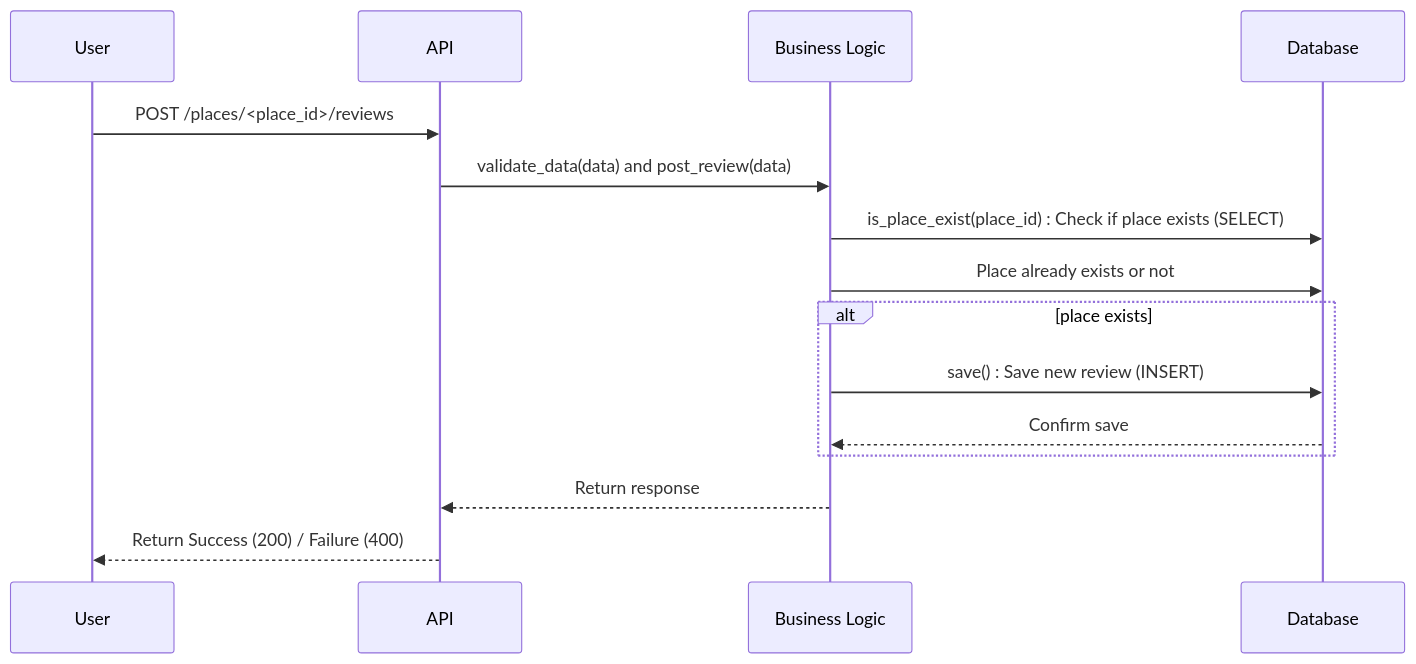
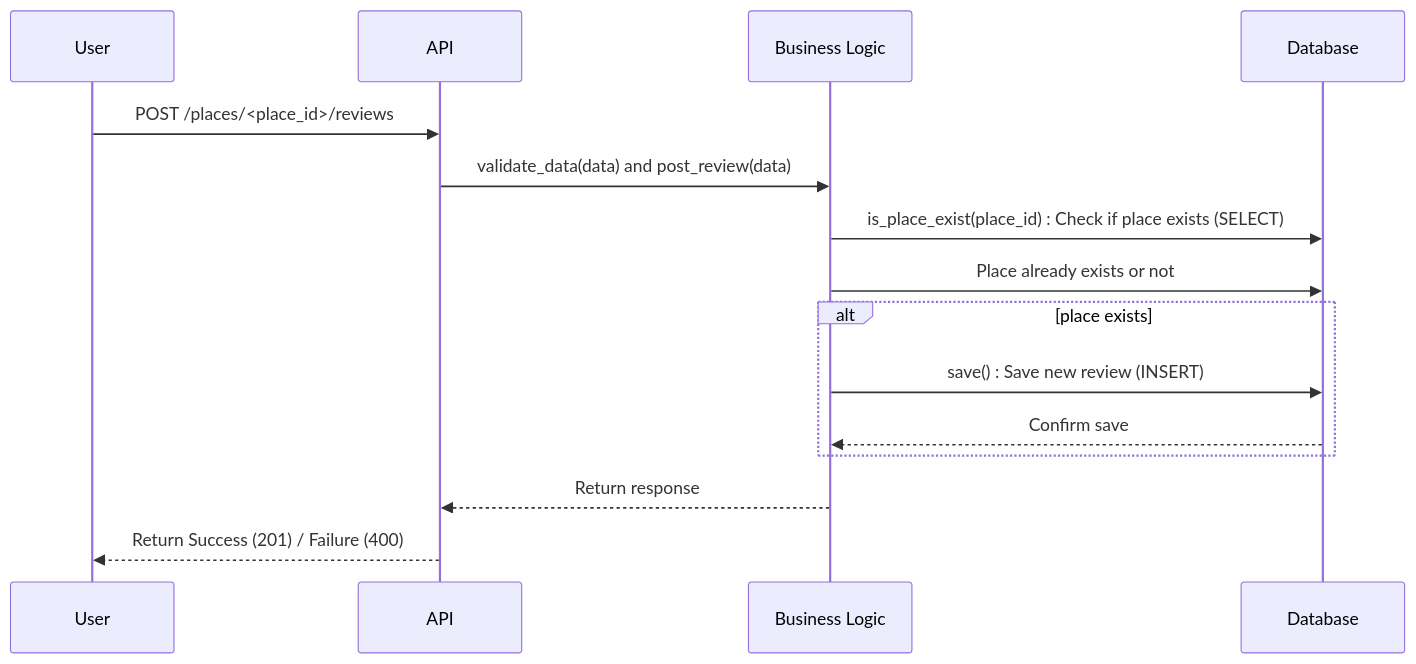
The diagram in part1/task2/reviewSubmission.mermaid (rmarcais/holbertonschool-hbnb), drawn with Mermaid before and after one commit. The commit also changed 3 other files, not shown here.

```diff
--- a/part1/task2/reviewSubmission.mermaid
+++ b/part1/task2/reviewSubmission.mermaid
@@ -1,16 +1,16 @@
 sequenceDiagram
     participant User
     participant API
     participant Business Logic
     participant Database
 
     User ->> API: POST /places/<place_id>/reviews
     API ->> Business Logic: validate_data(data) and post_review(data)
     Business Logic ->> Database: is_place_exist(place_id) : Check if place exists (SELECT)
     Business Logic ->> Database: Place already exists or not
     alt place exists
         Business Logic ->> Database: save() : Save new review (INSERT)
         Database -->> Business Logic: Confirm save
     end
     Business Logic -->> API: Return response
-    API -->> User: Return Success (200) / Failure (400)
+    API -->> User: Return Success (201) / Failure (400)
```
